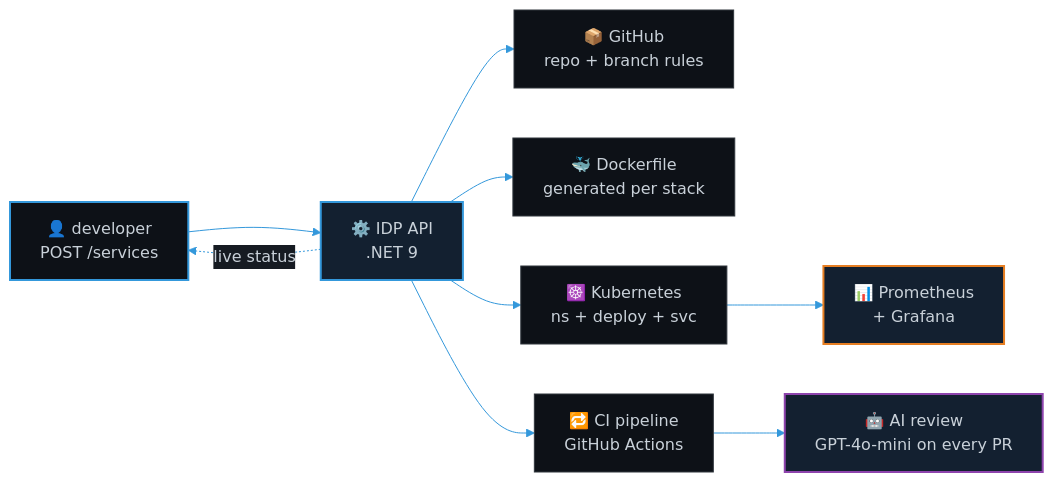
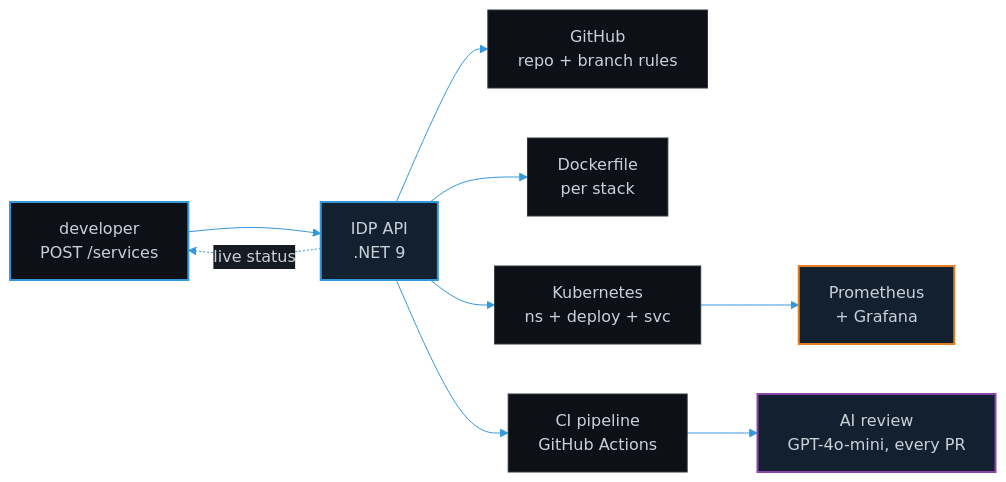
The second of 2 diagrams in README.md (aftabkh4n/aftabkh4n), drawn with Mermaid before and after one commit. The commit also changed other lines of this file, not shown here.

First line of the commit message:
Revise README for IDP Platform and BlazorMemory details

````diff
--- a/README.md
+++ b/README.md
@@ -25,20 +79,20 @@
 ```mermaid
 %%{init: {'theme':'base','themeVariables':{'primaryColor':'#0d1117','primaryTextColor':'#c9d1d9','primaryBorderColor':'#30363d','lineColor':'#3498db','secondaryColor':'#161b22','tertiaryColor':'#161b22','fontFamily':'JetBrains Mono, monospace'}}}%%
 flowchart LR
-    DEV["👤 developer<br/>POST /services"] --> API["⚙️ IDP API<br/>.NET 9"]
+    DEV["developer<br/>POST /services"] --> API["IDP API<br/>.NET 9"]
 
-    API --> GH["📦 GitHub<br/>repo + branch rules"]
-    API --> DOCK["🐳 Dockerfile<br/>generated per stack"]
-    API --> K8S["☸️ Kubernetes<br/>ns + deploy + svc"]
-    API --> CI["🔁 CI pipeline<br/>GitHub Actions"]
+    API --> GH["GitHub<br/>repo + branch rules"]
+    API --> DOCK["Dockerfile<br/>per stack"]
+    API --> K8S["Kubernetes<br/>ns + deploy + svc"]
+    API --> CI["CI pipeline<br/>GitHub Actions"]
 
-    CI --> AI["🤖 AI review<br/>GPT-4o-mini on every PR"]
-    K8S --> OBS["📊 Prometheus<br/>+ Grafana"]
+    CI --> AI["AI review<br/>GPT-4o-mini, every PR"]
+    K8S --> OBS["Prometheus<br/>+ Grafana"]
 
     API -.live status.-> DEV
 
     style DEV fill:#0d1117,stroke:#3498db,stroke-width:2px
     style API fill:#132030,stroke:#3498db,stroke-width:2px
     style AI fill:#132030,stroke:#8e44ad,stroke-width:2px
     style OBS fill:#132030,stroke:#e67e22,stroke-width:2px
 ```
````
